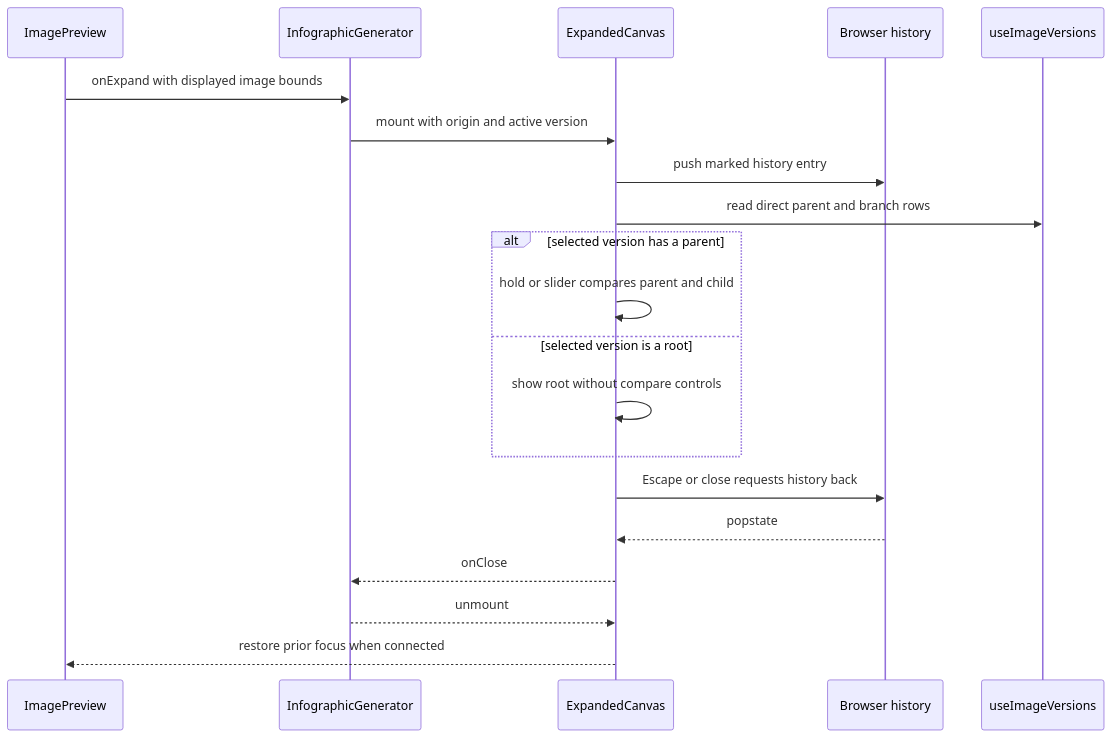
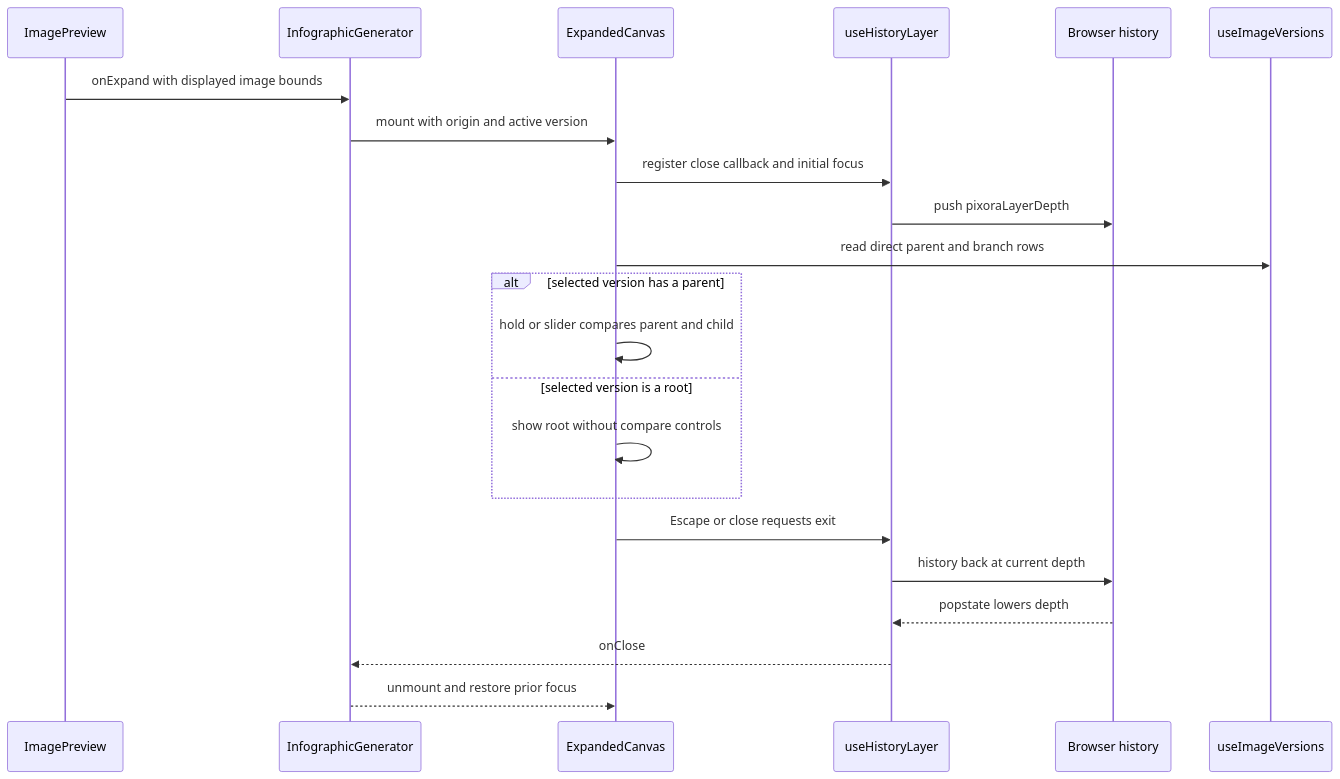
Before and after one commit to tony30552001/Genpic-master: the third of 7 diagrams in openwiki/frontend/create-workflows.md, drawn with Mermaid. The commit also changed other lines of this file and 22 other files, not shown here.

````diff
--- a/openwiki/frontend/create-workflows.md
+++ b/openwiki/frontend/create-workflows.md
@@ -95,22 +131,24 @@
 ```mermaid
 sequenceDiagram
   participant Preview as ImagePreview
   participant Owner as InfographicGenerator
   participant Canvas as ExpandedCanvas
+  participant Layer as useHistoryLayer
   participant Browser as Browser history
   participant Versions as useImageVersions
   Preview->>Owner: onExpand with displayed image bounds
   Owner->>Canvas: mount with origin and active version
-  Canvas->>Browser: push marked history entry
+  Canvas->>Layer: register close callback and initial focus
+  Layer->>Browser: push pixoraLayerDepth
   Canvas->>Versions: read direct parent and branch rows
   alt selected version has a parent
     Canvas->>Canvas: hold or slider compares parent and child
   else selected version is a root
     Canvas->>Canvas: show root without compare controls
   end
-  Canvas->>Browser: Escape or close requests history back
-  Browser-->>Canvas: popstate
-  Canvas-->>Owner: onClose
-  Owner-->>Canvas: unmount
-  Canvas-->>Preview: restore prior focus when connected
+  Canvas->>Layer: Escape or close requests exit
+  Layer->>Browser: history back at current depth
+  Browser-->>Layer: popstate lowers depth
+  Layer-->>Owner: onClose
+  Owner-->>Canvas: unmount and restore prior focus
 ```
````
